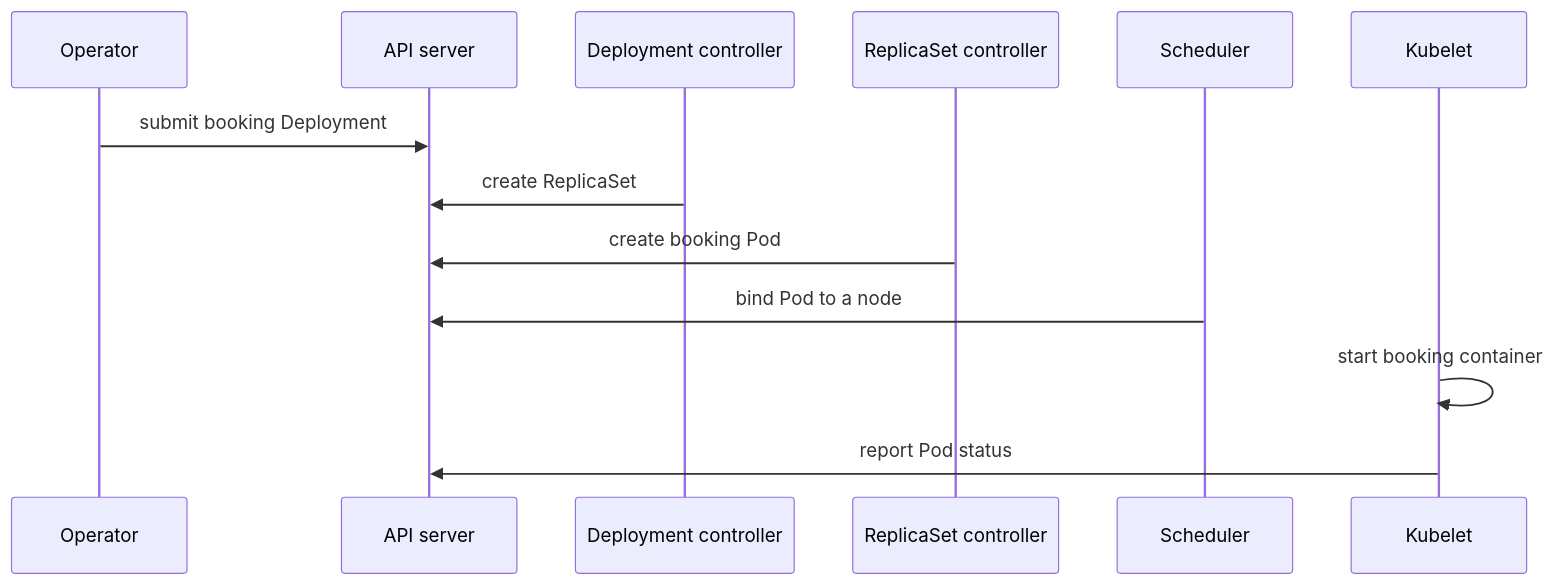
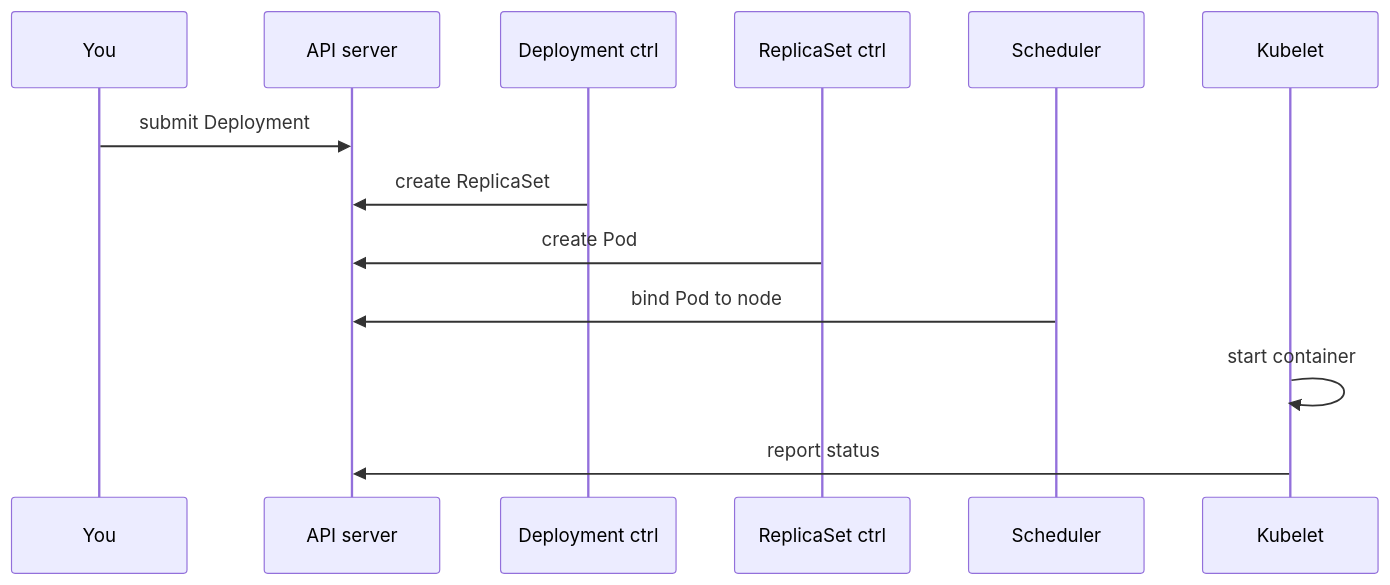
One commit to darshan-raul/apollo11-docs changed the diagram in docs/learn/cluster/reconciliation-and-components.md. Above: the diagram before and after it, drawn with Mermaid. The commit also changed other lines of this file and 55 other files, not shown here.

````diff
--- a/docs/learn/cluster/reconciliation-and-components.md
+++ b/docs/learn/cluster/reconciliation-and-components.md
@@ -27,15 +24,15 @@
-~~~mermaid
+```mermaid
 sequenceDiagram
-  participant U as Operator
+  participant U as You
   participant A as API server
-  participant D as Deployment controller
-  participant R as ReplicaSet controller
+  participant D as Deployment ctrl
+  participant R as ReplicaSet ctrl
   participant S as Scheduler
   participant K as Kubelet
-  U->>A: submit booking Deployment
+  U->>A: submit Deployment
   D->>A: create ReplicaSet
-  R->>A: create booking Pod
-  S->>A: bind Pod to a node
-  K->>K: start booking container
-  K->>A: report Pod status
-~~~
+  R->>A: create Pod
+  S->>A: bind Pod to node
+  K->>K: start container
+  K->>A: report status
+```
````
